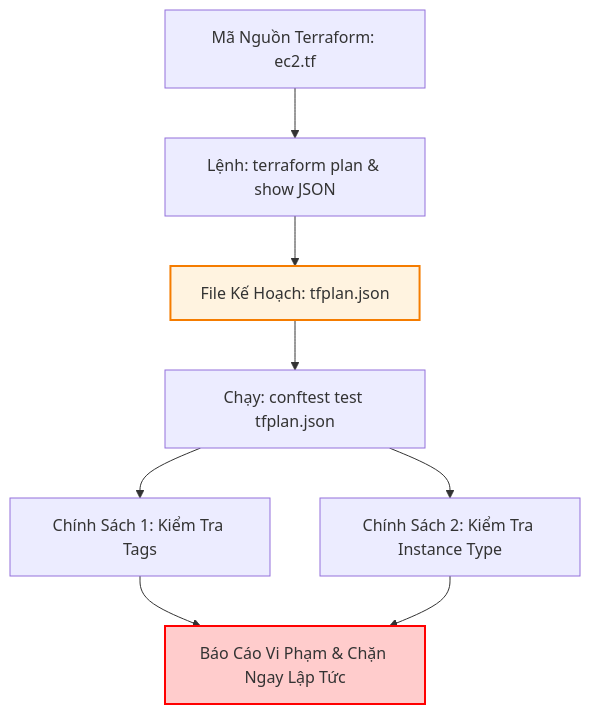
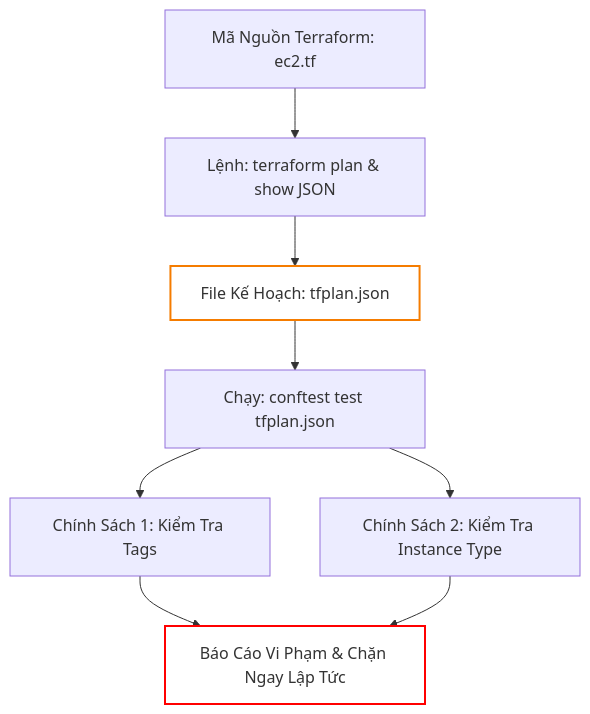
One commit to kiennt308/ntk changed the fourth of 5 diagrams in _posts/2026-09-13-terraform-22-22-quan-tri-chinh-sach-policy-as-code-opa-rego-conftest-va-checkov.md. Above: the diagram before and after it, drawn with Mermaid. The commit also changed other lines of this file and 207 other files, not shown here.

Commit message:
feat(posts): batch standardize all 208 posts with TL;DR, qa-card accordion, fill:none mermaid, and liquid raw wrappers

````diff
--- a/_posts/2026-09-13-terraform-22-22-quan-tri-chinh-sach-policy-as-code-opa-rego-conftest-va-checkov.md
+++ b/_posts/2026-09-13-terraform-22-22-quan-tri-chinh-sach-policy-as-code-opa-rego-conftest-va-checkov.md
@@ -260,15 +264,15 @@
 ```mermaid
 graph TD
     A["Mã Nguồn Terraform: ec2.tf"] --> B["Lệnh: terraform plan & show JSON"]
     B --> C["File Kế Hoạch: tfplan.json"]
     C --> D["Chạy: conftest test tfplan.json"]
     D --> E["Chính Sách 1: Kiểm Tra Tags"]
     D --> F["Chính Sách 2: Kiểm Tra Instance Type"]
     E --> G["Báo Cáo Vi Phạm & Chặn Ngay Lập Tức"]
     F --> G
 
-    style C fill:#fff3e0,stroke:#f57c00,stroke-width:2px
-    style G fill:#ffcccc,stroke:#ff0000,stroke-width:2px
+    style C fill:none,stroke:#f57c00,stroke-width:2px
+    style G fill:none,stroke:#ff0000,stroke-width:2px
 
 
 ```
````
